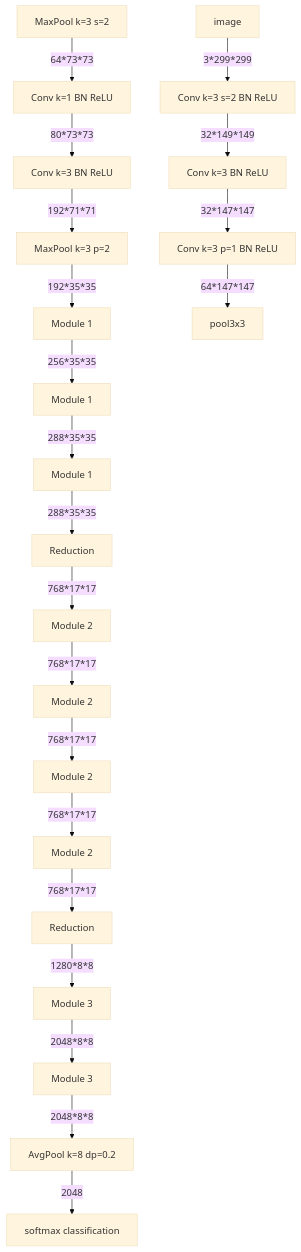
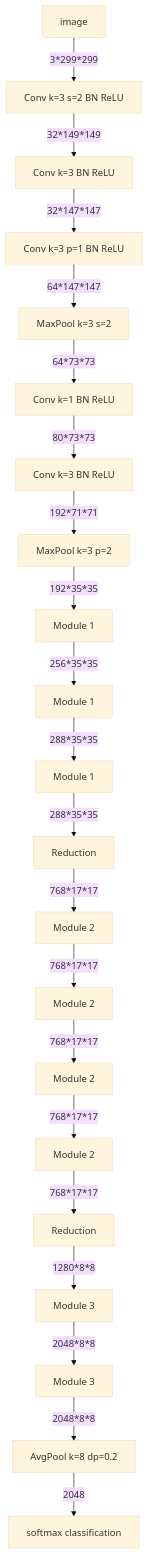
One commit to ybch14/ybch14.github.io changed the fifth of 5 diagrams in ImageNet_evolution/Inception-v3.md. Above: the diagram before and after it, drawn with Mermaid (base theme).

Commit message:
fix graph error

```diff
--- a/ImageNet_evolution/Inception-v3.md
+++ b/ImageNet_evolution/Inception-v3.md
@@ -288,44 +288,44 @@
 <div class="mermaid" id="inception-v3-graph" style="display: block">
 graph TD;
 image["image"];
 conv3x3_1["Conv k=3 s=2 BN ReLU"];
 conv3x3_2["Conv k=3 BN ReLU"];
 conv3x3_3["Conv k=3 p=1 BN ReLU"];
 pool1["MaxPool k=3 s=2"];
 conv3x3_4_reduce["Conv k=1 BN ReLU"]
 conv3x3_4["Conv k=3 BN ReLU"];  
 pool2["MaxPool k=3 p=2"]
 Module1_1["Module 1"];
 Module1_2["Module 1"];
 Module1_3["Module 1"];
 Reduction_1["Reduction"];
 Module2_1["Module 2"];
 Module2_2["Module 2"];
 Module2_3["Module 2"];
 Module2_4["Module 2"];
 Reduction_2["Reduction"];
 Module3_1["Module 3"];
 Module3_2["Module 3"];
 pool3["AvgPool k=8 dp=0.2"];
 classifier["softmax classification"];
 image --> |"3*299*299"| conv3x3_1;
 conv3x3_1 --> |"32*149*149"| conv3x3_2;
 conv3x3_2 --> |"32*147*147"| conv3x3_3;
-conv3x3_3 --> |"64*147*147"| pool3x3;
+conv3x3_3 --> |"64*147*147"| pool1;
 pool1 --> |"64*73*73"| conv3x3_4_reduce;
 conv3x3_4_reduce --> |"80*73*73"| conv3x3_4;
 conv3x3_4 --> |"192*71*71"| pool2;
 pool2 --> |"192*35*35"| Module1_1;
 Module1_1 --> |"256*35*35"| Module1_2;
 Module1_2 --> |"288*35*35"| Module1_3;
 Module1_3 --> |"288*35*35"| Reduction_1;
 Reduction_1 --> |"768*17*17"| Module2_1;
 Module2_1 --> |"768*17*17"| Module2_2;
 Module2_2 --> |"768*17*17"| Module2_3;
 Module2_3 --> |"768*17*17"| Module2_4;
 Module2_4 --> |"768*17*17"| Reduction_2;
 Reduction_2 --> |"1280*8*8"| Module3_1;
 Module3_1 --> |"2048*8*8"| Module3_2;
 Module3_2 --> |"2048*8*8"| pool3;
 pool3 --> |"2048"|classifier;
 </div>
```
